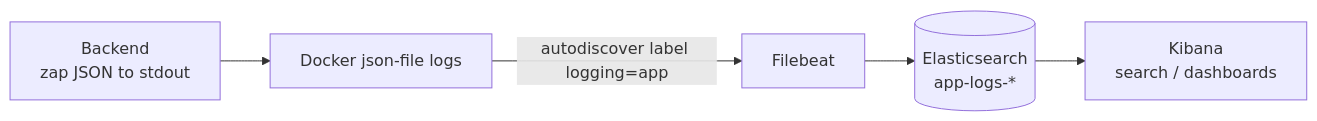
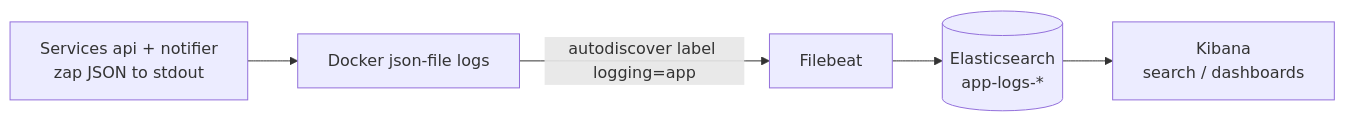
One commit to GenesisEducationKyiv/software-engineering-school-6-0-vanyatemno changed the second of 3 diagrams in README.md. Above: the diagram before and after it, drawn with Mermaid. The commit also changed other lines of this file and 140 other files, not shown here.

````diff
--- a/README.md
+++ b/README.md
@@ -140,7 +190,7 @@
 ```mermaid
 graph LR
-    A[Backend<br/>zap JSON to stdout] --> B[Docker json-file logs]
+    A[Services api + notifier<br/>zap JSON to stdout] --> B[Docker json-file logs]
     B -->|autodiscover label logging=app| C[Filebeat]
     C --> D[(Elasticsearch<br/>app-logs-*)]
     D --> E[Kibana<br/>search / dashboards]
 ```
````
